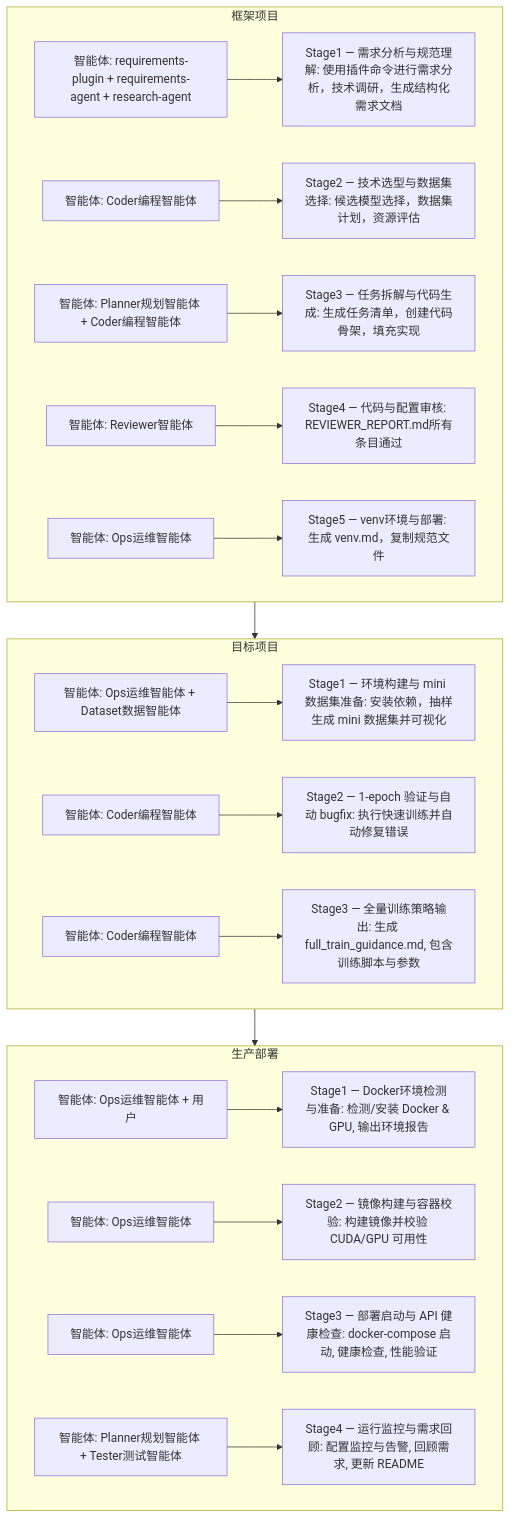
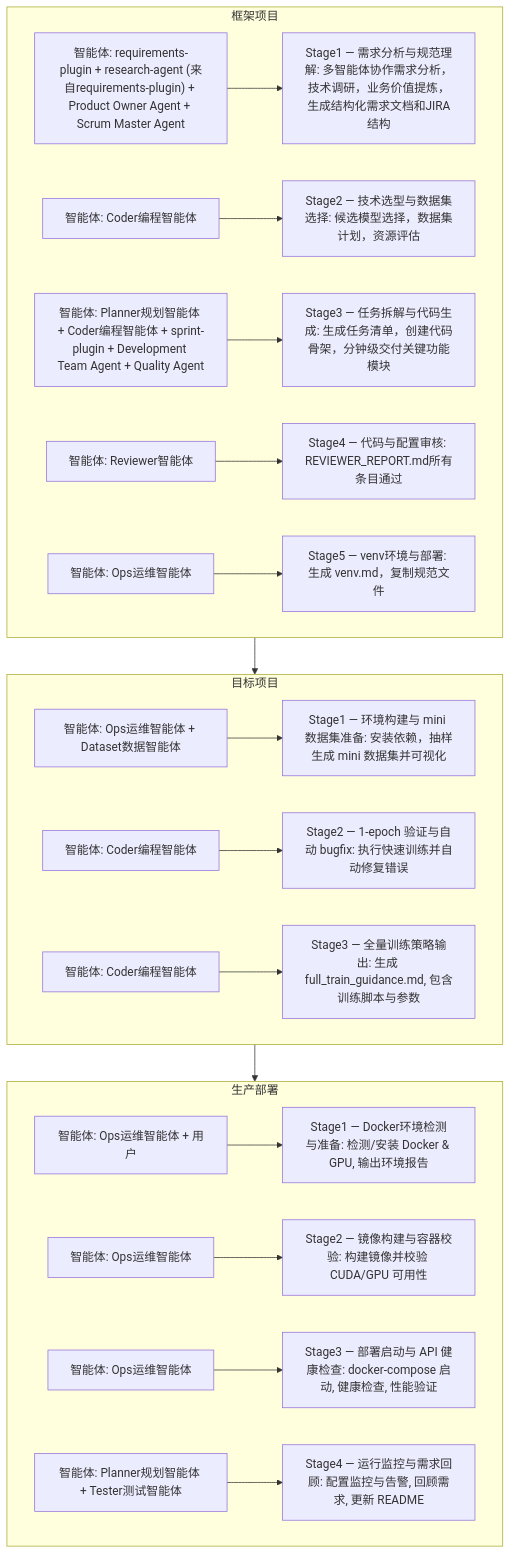
Diagram 16 of 16 in README.md (ouyangshixiong/context-engineering-zh), drawn with Mermaid before and after one commit. The commit also changed other lines of this file and 5 other files, not shown here.

````diff
--- a/README.md
+++ b/README.md
@@ -682,63 +717,63 @@
 ```mermaid
 flowchart TD
 
     %% ================= 框架项目 =================
     subgraph F1["框架项目"]
 
-        S1_who["智能体: requirements-plugin + requirements-agent + research-agent"]
-        S1_desc["Stage1 — 需求分析与规范理解: 使用插件命令进行需求分析，技术调研，生成结构化需求文档"]
+        S1_who["智能体: requirements-plugin + research-agent (来自requirements-plugin) + Product Owner Agent + Scrum Master Agent"]
+        S1_desc["Stage1 — 需求分析与规范理解: 多智能体协作需求分析，技术调研，业务价值提炼，生成结构化需求文档和JIRA结构"]
         S2_who["智能体: Coder编程智能体"]
         S2_desc["Stage2 — 技术选型与数据集选择: 候选模型选择，数据集计划，资源评估"]
-        S3_who["智能体: Planner规划智能体 + Coder编程智能体"]
-        S3_desc["Stage3 — 任务拆解与代码生成: 生成任务清单，创建代码骨架，填充实现"]
+        S3_who["智能体: Planner规划智能体 + Coder编程智能体 + sprint-plugin + Development Team Agent + Quality Agent"]
+        S3_desc["Stage3 — 任务拆解与代码生成: 生成任务清单，创建代码骨架，分钟级交付关键功能模块"]
         S4_who["智能体: Reviewer智能体"]
         S4_desc["Stage4 — 代码与配置审核: REVIEWER_REPORT.md所有条目通过"]
         S41_who["智能体: Ops运维智能体"]
         S41_desc["Stage5 — venv环境与部署: 生成 venv.md，复制规范文件"]
 
         S1_who --> S1_desc
         S2_who --> S2_desc
         S3_who --> S3_desc
         S4_who --> S4_desc
         S41_who --> S41_desc
 
     end
 
     %% ================= 目标项目 =================
     subgraph F2["目标项目"]
 
         S6_who["智能体: Ops运维智能体 + Dataset数据智能体"]
         S6_desc["Stage1 — 环境构建与 mini 数据集准备: 安装依赖，抽样生成 mini 数据集并可视化"]
         S7_who["智能体: Coder编程智能体"]
         S7_desc["Stage2 — 1-epoch 验证与自动 bugfix: 执行快速训练并自动修复错误"]
         S8_who["智能体: Coder编程智能体"]
         S8_desc["Stage3 — 全量训练策略输出: 生成 full_train_guidance.md, 包含训练脚本与参数"]
 
         S6_who --> S6_desc
         S7_who --> S7_desc
         S8_who --> S8_desc
 
     end
 
     %% ================= 生产部署 =================
     subgraph F3["生产部署"]
 
         S9_who["智能体: Ops运维智能体 + 用户"]
         S9_desc["Stage1 — Docker环境检测与准备: 检测/安装 Docker & GPU, 输出环境报告"]
         S10_who["智能体: Ops运维智能体"]
         S10_desc["Stage2 — 镜像构建与容器校验: 构建镜像并校验 CUDA/GPU 可用性"]
         S11_who["智能体: Ops运维智能体"]
         S11_desc["Stage3 — 部署启动与 API 健康检查: docker-compose 启动, 健康检查, 性能验证"]
         S12_who["智能体: Planner规划智能体 + Tester测试智能体"]
         S12_desc["Stage4 — 运行监控与需求回顾: 配置监控与告警, 回顾需求, 更新 README"]
 
         S9_who --> S9_desc
         S10_who --> S10_desc
         S11_who --> S11_desc
         S12_who --> S12_desc
 
     end
 
     F1 --> F2 --> F3
 
 ```
````
